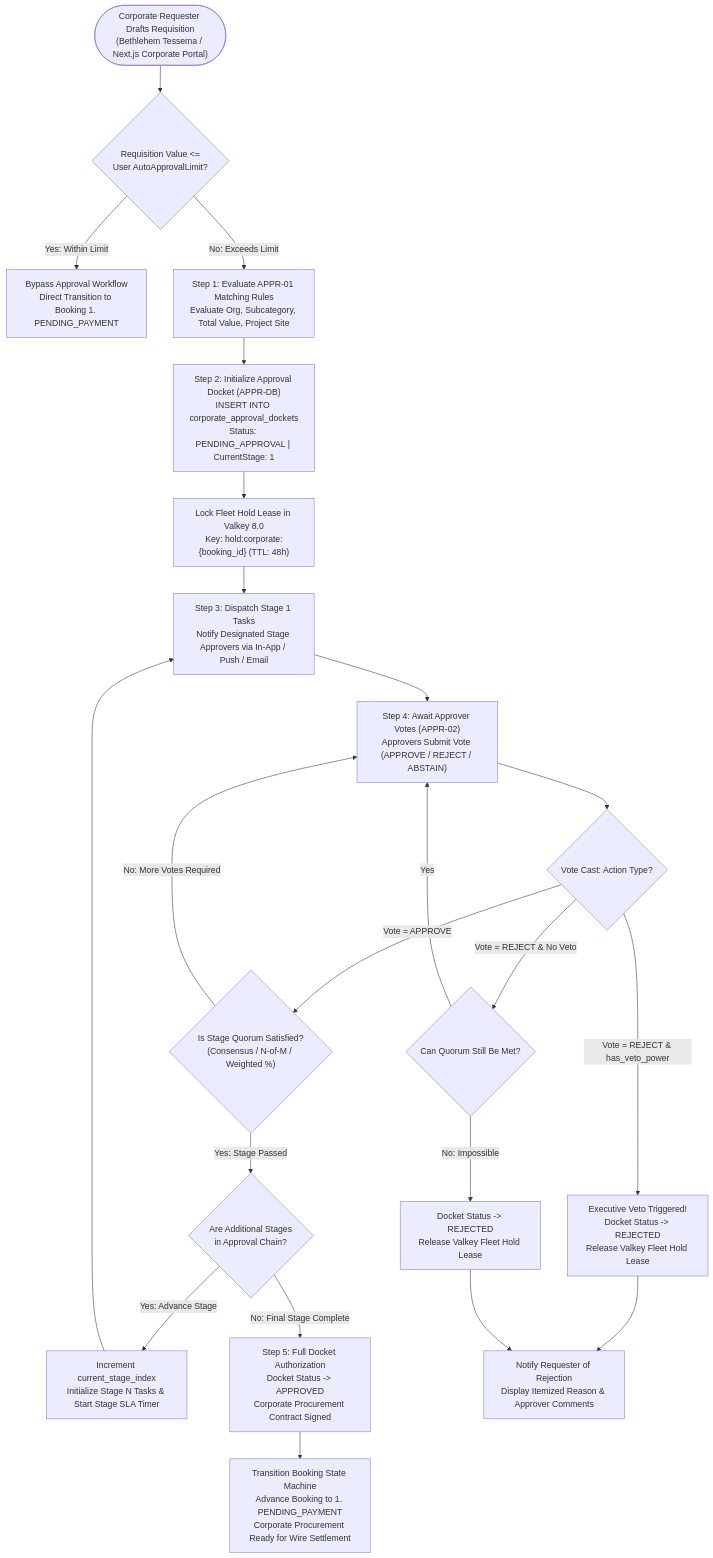
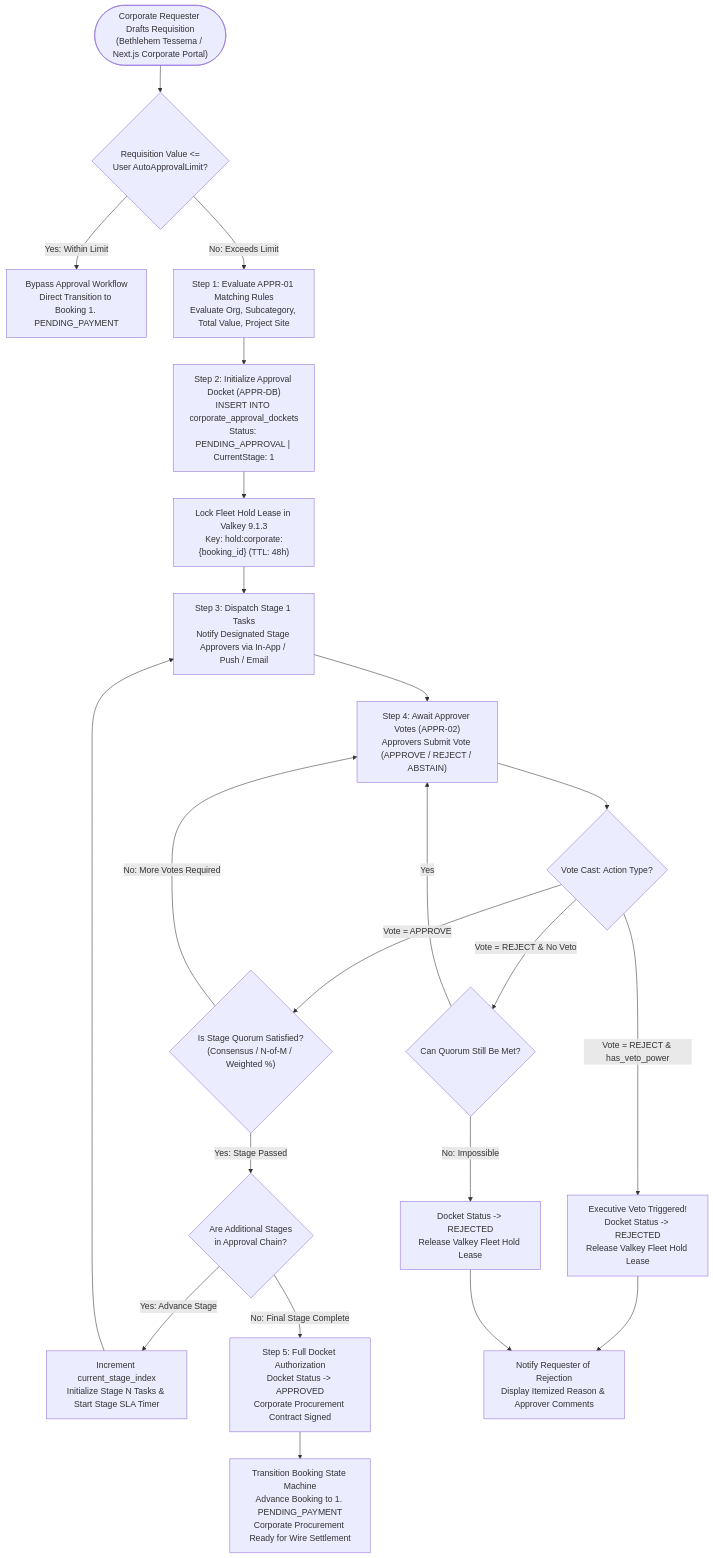
One commit to YDink/Heavy-Machinery-Logistics-Rental changed the first of 3 diagrams in docs/shared/requirements/06-02-corporate-approval-workflows.md. Above: the diagram before and after it, drawn with Mermaid. The commit also changed other lines of this file and 212 other files, not shown here.

````diff
--- a/docs/shared/requirements/06-02-corporate-approval-workflows.md
+++ b/docs/shared/requirements/06-02-corporate-approval-workflows.md
@@ -85,40 +85,40 @@
 ```mermaid
 flowchart TD
     RequesterStart(["Corporate Requester Drafts Requisition<br/>(Bethlehem Tessema / Next.js Corporate Portal)"]) --> CheckSpendLimit{"Requisition Value <=<br/>User AutoApprovalLimit?"}
     
     CheckSpendLimit -->|"Yes: Within Limit"| AutoApprove["Bypass Approval Workflow<br/>Direct Transition to Booking 1. PENDING_PAYMENT"]
     
     CheckSpendLimit -->|"No: Exceeds Limit"| RuleMatch["Step 1: Evaluate APPR-01 Matching Rules<br/>Evaluate Org, Subcategory, Total Value, Project Site"]
     
     RuleMatch --> CreateDocket["Step 2: Initialize Approval Docket (APPR-DB)<br/>INSERT INTO corporate_approval_dockets<br/>Status: PENDING_APPROVAL | CurrentStage: 1"]
     
-    CreateDocket --> LockValkeyLease["Lock Fleet Hold Lease in Valkey 8.0<br/>Key: hold:corporate:{booking_id} (TTL: 48h)"]
+    CreateDocket --> LockValkeyLease["Lock Fleet Hold Lease in Valkey 9.1.3<br/>Key: hold:corporate:{booking_id} (TTL: 48h)"]
     
     LockValkeyLease --> StageDispatch["Step 3: Dispatch Stage 1 Tasks<br/>Notify Designated Stage Approvers via In-App / Push / Email"]
     
     StageDispatch --> AwaitVotes["Step 4: Await Approver Votes (APPR-02)<br/>Approvers Submit Vote (APPROVE / REJECT / ABSTAIN)"]
     
     AwaitVotes --> CheckVote{"Vote Cast: Action Type?"}
     
     CheckVote -->|"Vote = REJECT & has_veto_power"| VetoTermination["Executive Veto Triggered!<br/>Docket Status -> REJECTED<br/>Release Valkey Fleet Hold Lease"]
     
     CheckVote -->|"Vote = REJECT & No Veto"| EvaluateFailure{"Can Quorum Still Be Met?"}
     EvaluateFailure -->|"No: Impossible"| RejectionTermination["Docket Status -> REJECTED<br/>Release Valkey Fleet Hold Lease"]
     EvaluateFailure -->|"Yes"| AwaitVotes
     
     CheckVote -->|"Vote = APPROVE"| EvaluateQuorum{"Is Stage Quorum Satisfied?<br/>(Consensus / N-of-M / Weighted %)"}
     
     EvaluateQuorum -->|"No: More Votes Required"| AwaitVotes
     
     EvaluateQuorum -->|"Yes: Stage Passed"| CheckMoreStages{"Are Additional Stages<br/>in Approval Chain?"}
     
     CheckMoreStages -->|"Yes: Advance Stage"| AdvanceNextStage["Increment current_stage_index<br/>Initialize Stage N Tasks & Start Stage SLA Timer"]
     AdvanceNextStage --> StageDispatch
     
     CheckMoreStages -->|"No: Final Stage Complete"| FinalApproval["Step 5: Full Docket Authorization<br/>Docket Status -> APPROVED<br/>Corporate Procurement Contract Signed"]
     
     FinalApproval --> AdvanceBooking["Transition Booking State Machine<br/>Advance Booking to 1. PENDING_PAYMENT<br/>Corporate Procurement Ready for Wire Settlement"]
     
     VetoTermination --> NotifyRequester["Notify Requester of Rejection<br/>Display Itemized Reason & Approver Comments"]
     RejectionTermination --> NotifyRequester
 ```
````
